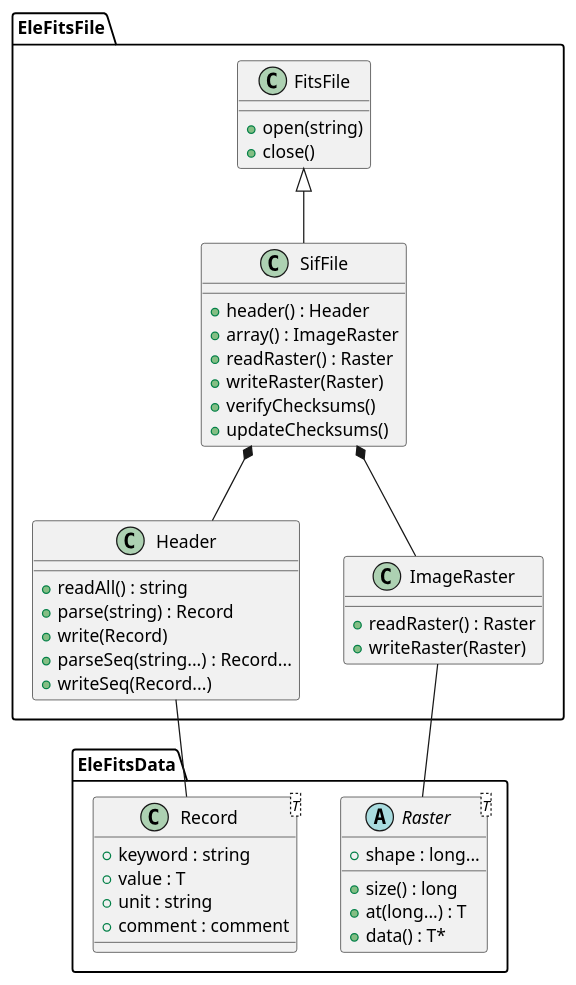
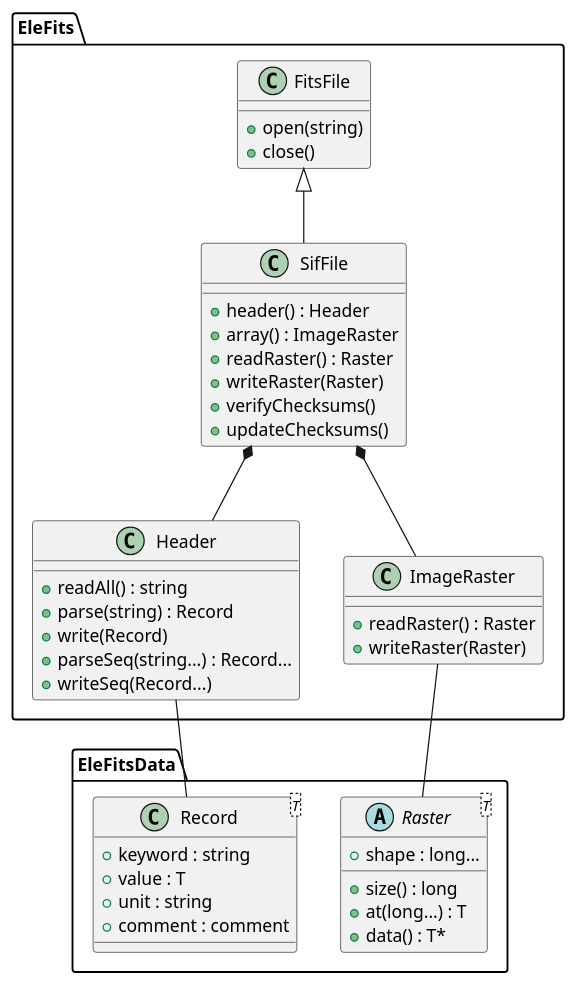
The diagram in doc/diagrams/src/SifFile.puml (CNES/EleFits), drawn with PlantUML before and after one commit. The commit also changed 125 other files, not shown here.

Commit message:
Rename EleFitsFile as EleFits

```diff
--- a/doc/diagrams/src/SifFile.puml
+++ b/doc/diagrams/src/SifFile.puml
@@ -1,58 +1,58 @@
 @startuml
 package EleFitsData {
 
 class Record<T> {
 + keyword : string
 + value : T
 + unit : string
 + comment : comment
 }
 
 abstract class Raster<T> {
 + shape : long...
 + size() : long
 + at(long...) : T
 + data() : T*
 }
 
 }
 
-package EleFitsFile {
+package EleFits {
 
 class FitsFile {
 + open(string)
 + close()
 }
 
 class SifFile {
 + header() : Header
 + array() : ImageRaster
 + readRaster() : Raster
 + writeRaster(Raster)
 + verifyChecksums()
 + updateChecksums()
 }
 
 class Header {
 + readAll() : string
 + parse(string) : Record
 + write(Record)
 + parseSeq(string...) : Record...
 + writeSeq(Record...)
 }
 
 class ImageRaster {
 + readRaster() : Raster
 + writeRaster(Raster)
 }
 
 }
 
 FitsFile <|-- SifFile
 SifFile *-- Header
 SifFile *-- ImageRaster
 Header -- Record
 ImageRaster -- Raster
 
 Record -[hidden]right- Raster
 @enduml
```
